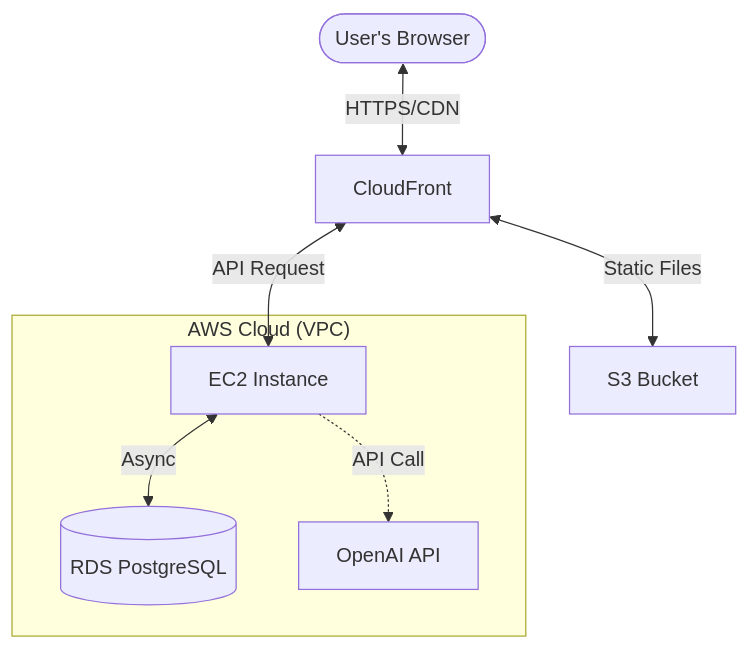
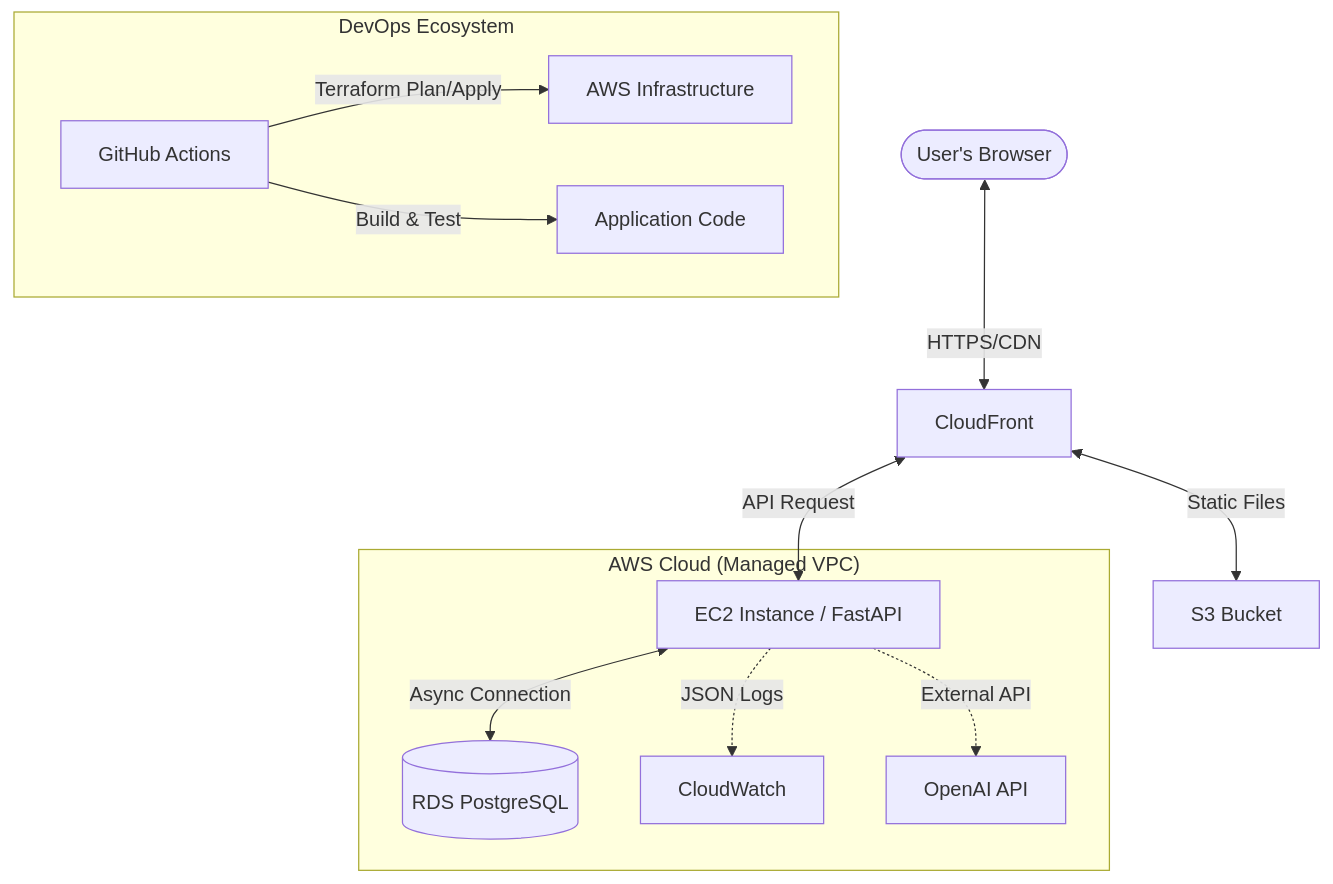
Before and after one commit to rtiak-ops/251025: the first of 4 diagrams in README.md, drawn with Mermaid. The commit also changed other lines of this file and 2 other files, not shown here.

````diff
--- a/README.md
+++ b/README.md
@@ -52,11 +37,17 @@
 ```mermaid
 graph TD
     User([User's Browser]) <-->|HTTPS/CDN| CF[CloudFront]
     CF <-->|Static Files| S3[S3 Bucket]
-    CF <-->|API Request| EC2[EC2 Instance]
+    CF <-->|API Request| EC2[EC2 Instance / FastAPI]
     
-    subgraph "AWS Cloud (VPC)"
-        EC2 <-->|Async| RDS[(RDS PostgreSQL)]
-        EC2 -.->|API Call| OpenAI[OpenAI API]
+    subgraph "AWS Cloud (Managed VPC)"
+        EC2 <-->|Async Connection| RDS[(RDS PostgreSQL)]
+        EC2 -.->|JSON Logs| CW[CloudWatch]
+        EC2 -.->|External API| OpenAI[OpenAI API]
+    end
+
+    subgraph "DevOps Ecosystem"
+        GA[GitHub Actions] -->|Terraform Plan/Apply| AWS[AWS Infrastructure]
+        GA -->|Build & Test| App[Application Code]
     end
 ```
````
